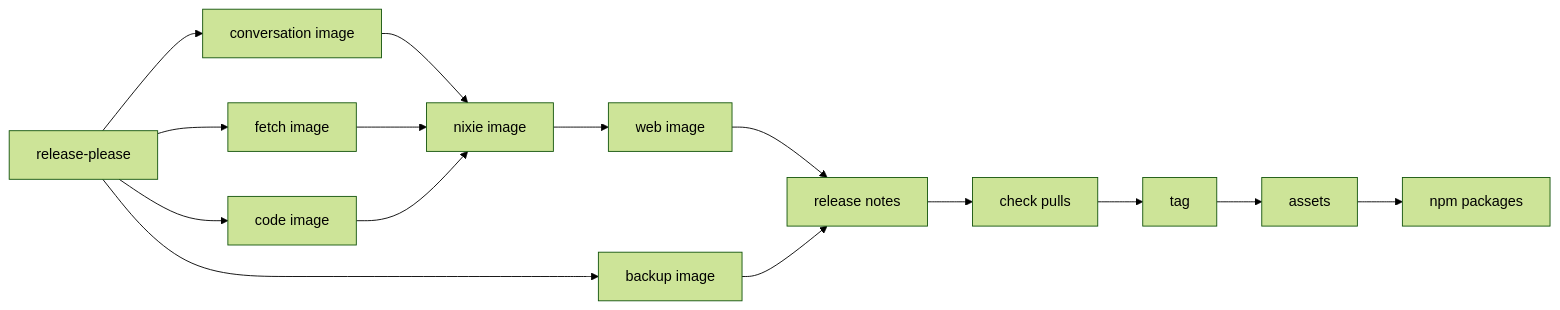
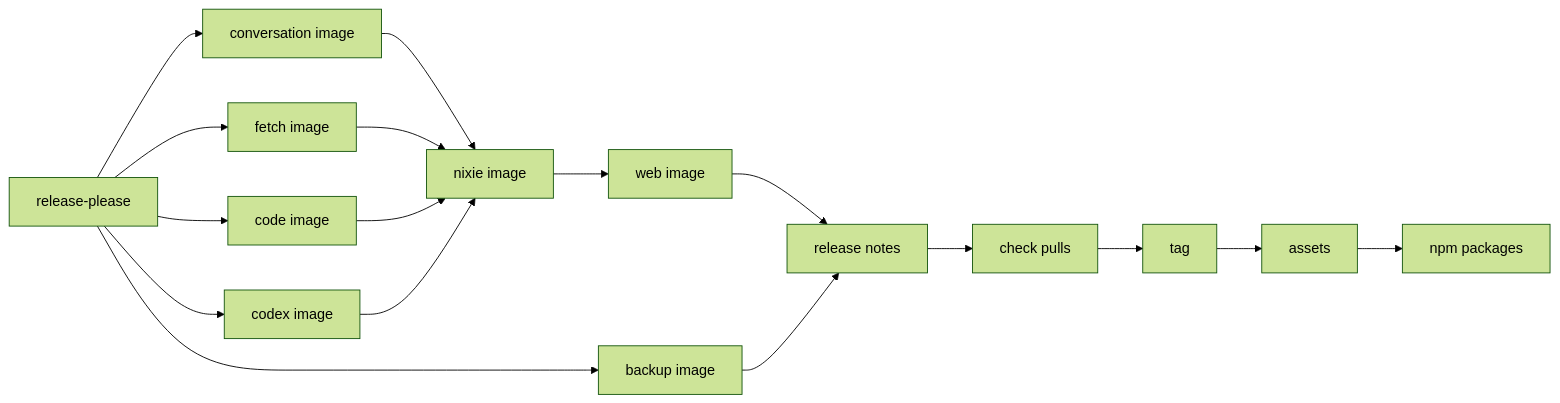
Before and after one commit to zgeoff/nixie: the diagram in docs/architecture/deployment/release-pipeline.md, drawn with Mermaid (forest theme). The commit also changed other lines of this file and 901 other files, not shown here.

````diff
--- a/docs/architecture/deployment/release-pipeline.md
+++ b/docs/architecture/deployment/release-pipeline.md
@@ -44,18 +44,20 @@
 ```mermaid
 flowchart LR
   rp[release-please] --> conv[conversation image]
     rp --> fetch[fetch image]
   rp --> code[code image]
+  rp --> codex[codex image]
   rp --> backup[backup image]
 
   conv --> nixie[nixie image]
   fetch --> nixie
   code --> nixie
+  codex --> nixie
     nixie --> web[web image]
   web --> notes[release notes]
   backup --> notes
   notes --> pulls[check pulls]
   pulls --> tag[tag]
   tag --> assets[assets]
   assets --> npm[npm packages]
 ```
````
